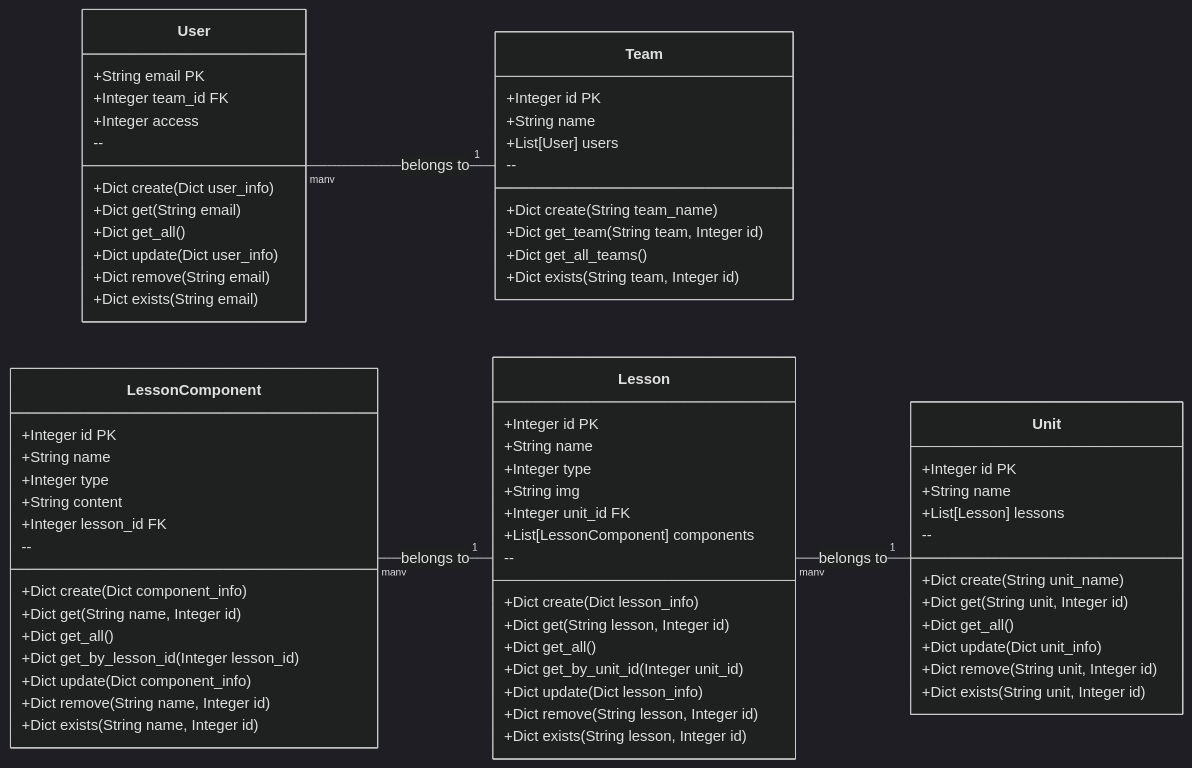
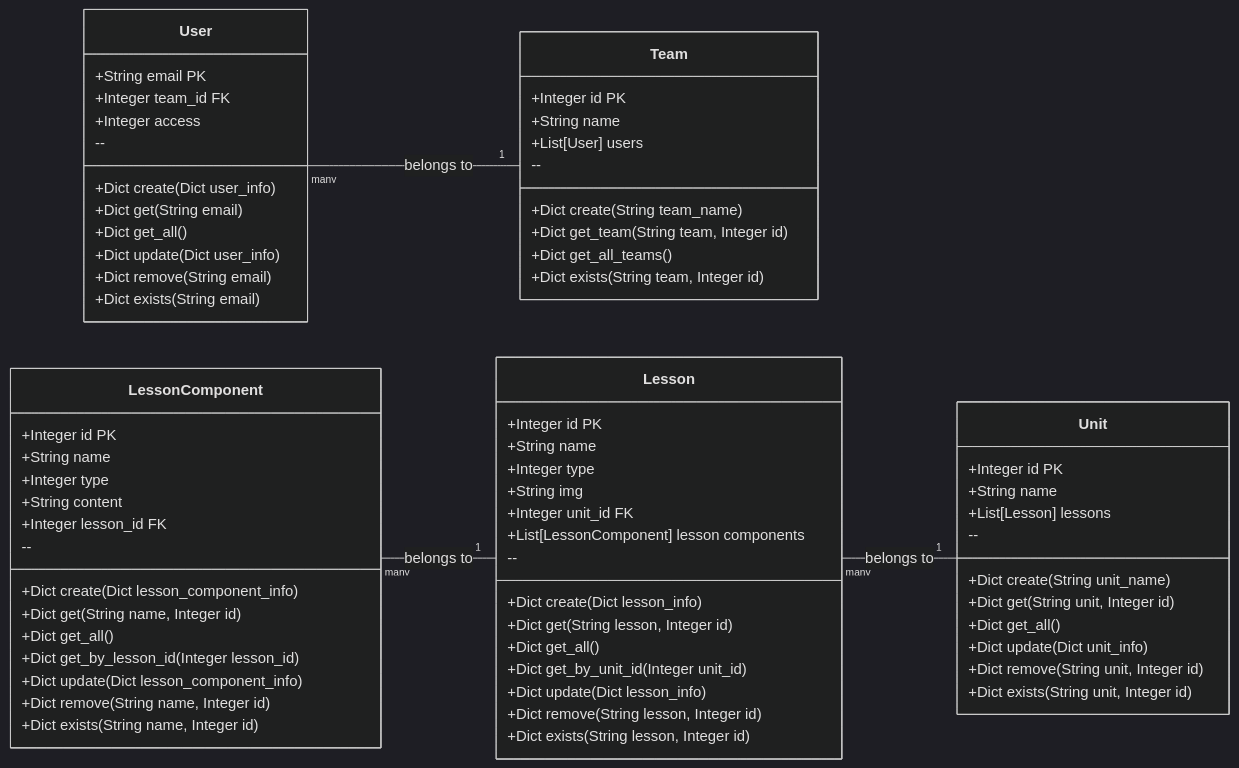
One commit to MICodeProjects/robosite changed the third of 5 diagrams in README.md. Above: the diagram before and after it, drawn with Mermaid (dark theme). The commit also changed other lines of this file and 35 other files, not shown here.

````diff
--- a/README.md
+++ b/README.md
@@ -194,77 +215,78 @@
 ```mermaid
-classDiagram
-    direction LR
+classDiagram    
+
+direction LR
     User "many" -- "1" Team : belongs to
     Lesson "many" -- "1" Unit : belongs to
     LessonComponent "many" -- "1" Lesson : belongs to
 
     class User {
         +String email PK
         +Integer team_id FK
         +Integer access
         --
         +Dict create(Dict user_info)
         +Dict get(String email)
         +Dict get_all()
         +Dict update(Dict user_info)
         +Dict remove(String email)
         +Dict exists(String email)
     }
 
     class Team {
         +Integer id PK
         +String name
         +List[User] users
         --
         +Dict create(String team_name)
         +Dict get_team(String team, Integer id)
         +Dict get_all_teams()
         +Dict exists(String team, Integer id)
     }
 
     class Unit {
         +Integer id PK
         +String name
         +List[Lesson] lessons
         --
         +Dict create(String unit_name)
         +Dict get(String unit, Integer id)
         +Dict get_all()
         +Dict update(Dict unit_info)
         +Dict remove(String unit, Integer id)
         +Dict exists(String unit, Integer id)
     }
 
     class Lesson {
         +Integer id PK
         +String name
         +Integer type
         +String img
         +Integer unit_id FK
-        +List[LessonComponent] components
+        +List[LessonComponent] lesson components
         --
         +Dict create(Dict lesson_info)
         +Dict get(String lesson, Integer id)
         +Dict get_all()
         +Dict get_by_unit_id(Integer unit_id)
         +Dict update(Dict lesson_info)
         +Dict remove(String lesson, Integer id)
         +Dict exists(String lesson, Integer id)
     }
 
     class LessonComponent {
         +Integer id PK
         +String name
         +Integer type
         +String content
         +Integer lesson_id FK
         --
-        +Dict create(Dict component_info)
+        +Dict create(Dict lesson_component_info)
         +Dict get(String name, Integer id)
         +Dict get_all()
         +Dict get_by_lesson_id(Integer lesson_id)
-        +Dict update(Dict component_info)
+        +Dict update(Dict lesson_component_info)
         +Dict remove(String name, Integer id)
         +Dict exists(String name, Integer id)
     }
 ```
````
